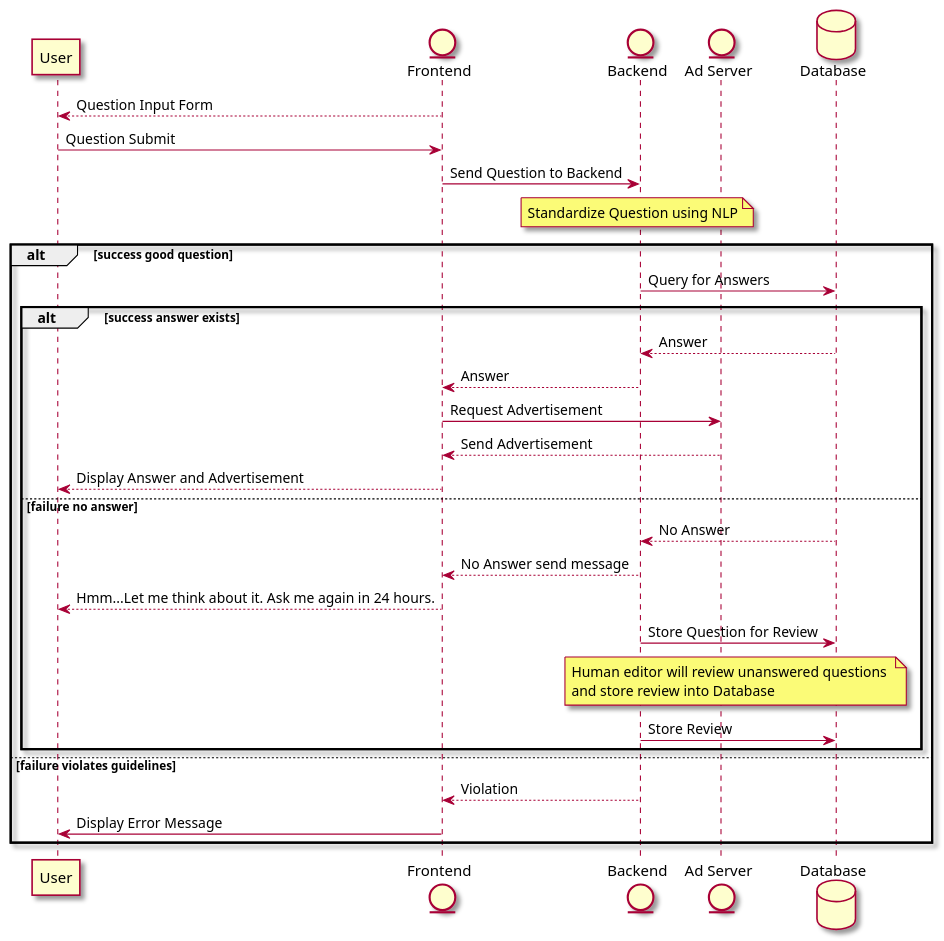
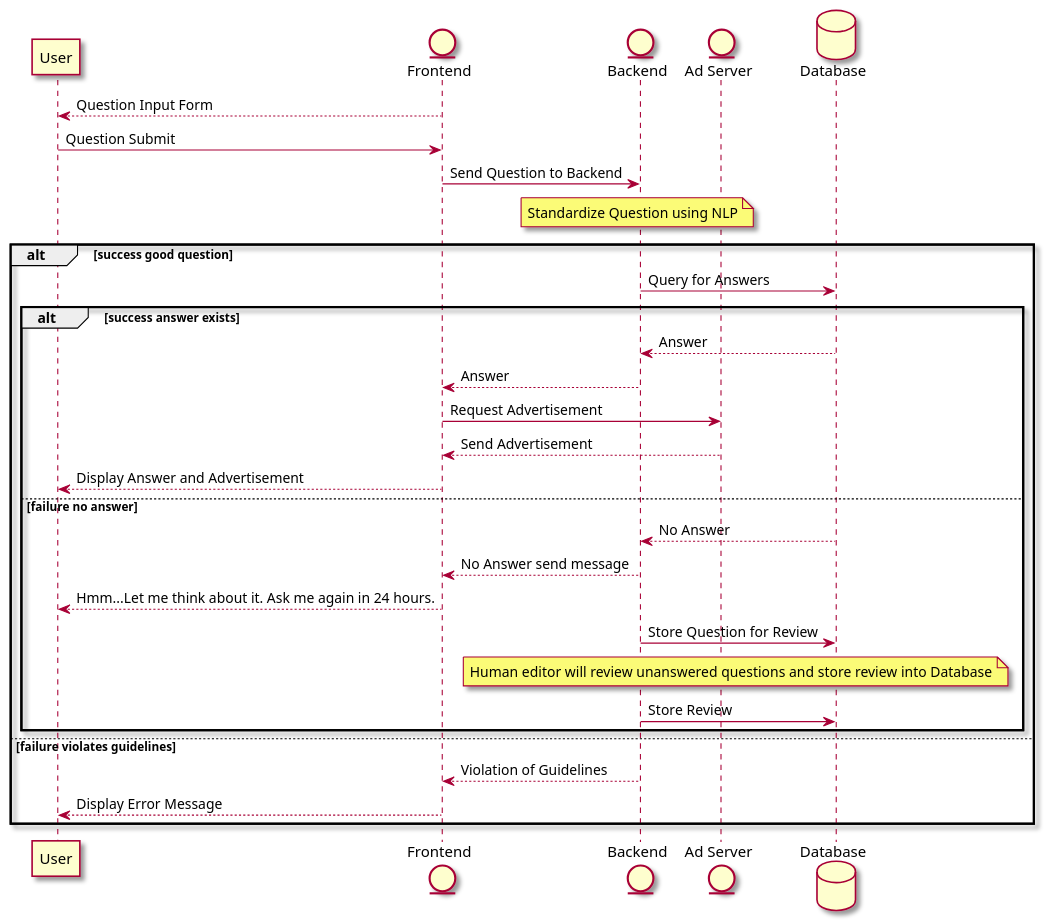
The diagram in scenario.wsd (arrogancebegetsgreed/26FCS3250-hwk-7-Caine-Mayhew), drawn with PlantUML before and after one commit.

```diff
--- a/scenario.wsd
+++ b/scenario.wsd
@@ -1,46 +1,45 @@
 @startuml
 skin rose
 
 participant User 
 entity Frontend
 entity Backend
 entity "Ad Server"
 database Database
 
 
 Frontend --> User: Question Input Form
 User -> Frontend: Question Submit
 Frontend -> Backend:Send Question to Backend
 note over Backend: Standardize Question using NLP
 
 
 alt success good question
 Backend -> Database: Query for Answers
 
 alt success answer exists
 Database --> Backend: Answer
 Backend --> Frontend: Answer
 Frontend -> "Ad Server": Request Advertisement
 "Ad Server" --> Frontend: Send Advertisement
 Frontend --> User: Display Answer and Advertisement
 
-
-
 else failure no answer
 Database --> Backend: No Answer
 Backend --> Frontend: No Answer send message
 Frontend --> User: Hmm...Let me think about it. Ask me again in 24 hours.
 Backend -> Database: Store Question for Review
+
 note over Backend, Database
-Human editor will review unanswered questions 
-and store review into Database
+Human editor will review unanswered questions and store review into Database
 end note
+
 Backend -> Database: Store Review
 end
 
 else failure violates guidelines
-Backend --> Frontend: Violation
-Frontend -> User: Display Error Message
+Backend --> Frontend: Violation of Guidelines
+Frontend --> User: Display Error Message
 end
 
 @enduml
```
